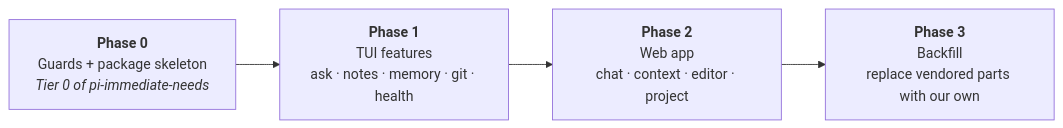
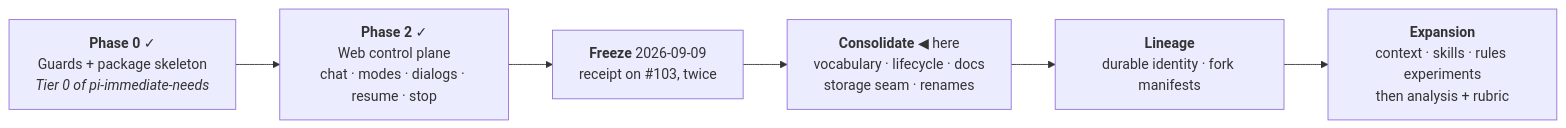
The fifth of 6 diagrams in docs/architecture.md (dopamine911/enso-harness), drawn with Mermaid before and after one commit. The commit also changed other lines of this file and 1 other file, not shown here.

First line of the commit message:
architecture.md: the control plane as built (#102), and the storage seam pinned

````diff
--- a/docs/architecture.md
+++ b/docs/architecture.md
@@ -138,8 +254,10 @@
 ```mermaid
 graph LR
-  P0["<b>Phase 0</b><br/>Guards + package skeleton<br/><i>Tier 0 of pi-immediate-needs</i>"]
-  P1["<b>Phase 1</b><br/>TUI features<br/>ask · notes · memory · git · health"]
-  P2["<b>Phase 2</b><br/>Web app<br/>chat · context · editor · project"]
-  P3["<b>Phase 3</b><br/>Backfill<br/>replace vendored parts with our own"]
-  P0 --> P1 --> P2 --> P3
+  P0["<b>Phase 0</b> ✓<br/>Guards + package skeleton<br/><i>Tier 0 of pi-immediate-needs</i>"]
+  P2["<b>Phase 2</b> ✓<br/>Web control plane<br/>chat · modes · dialogs · resume · stop"]
+  F["<b>Freeze</b> 2026-09-09<br/>receipt on #103, twice"]
+  C["<b>Consolidate</b> ◀ here<br/>vocabulary · lifecycle · docs<br/>storage seam · renames"]
+  L["<b>Lineage</b><br/>durable identity · fork manifests"]
+  X["<b>Expansion</b><br/>context · skills · rules experiments<br/>then analysis + rubric"]
+  P0 --> P2 --> F --> C --> L --> X
 ```
````
